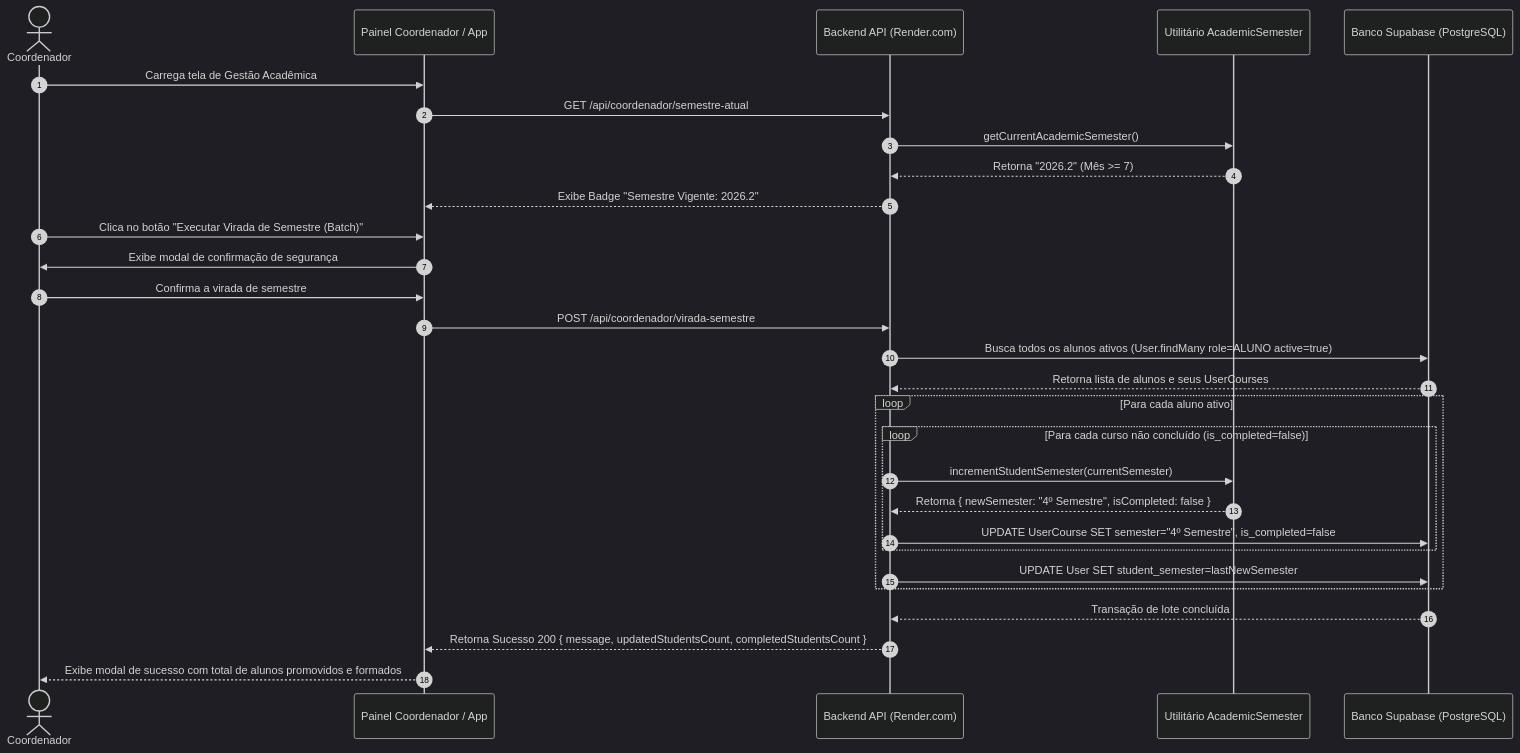
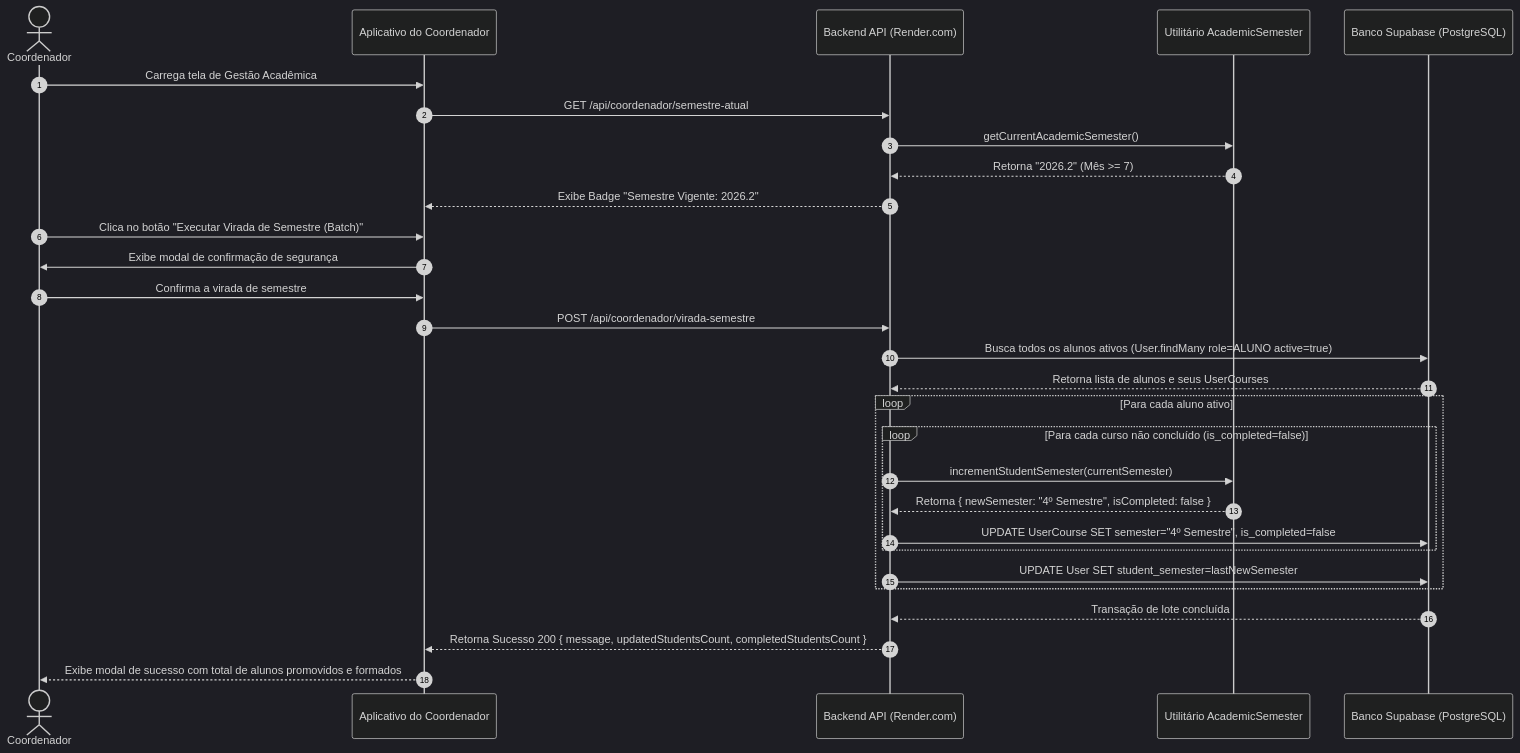
Before and after one commit to caneschi-lais/geoclass: diagram 19 of 24 in documentacao/diagramas/fluxos.md, drawn with Mermaid (dark theme). The commit also changed other lines of this file and 34 other files, not shown here.

Commit message:
docs: add system architecture diagrams and generation script

````diff
--- a/documentacao/diagramas/fluxos.md
+++ b/documentacao/diagramas/fluxos.md
@@ -671,36 +671,36 @@
 ```mermaid
 sequenceDiagram
     autonumber
     actor Coordenador
-    participant Web as Painel Coordenador / App
+    participant App as Aplicativo do Coordenador
     participant API as Backend API (Render.com)
     participant Util as Utilitário AcademicSemester
     participant DB as Banco Supabase (PostgreSQL)
 
-    Coordenador->>Web: Carrega tela de Gestão Acadêmica
-    Web->>API: GET /api/coordenador/semestre-atual
+    Coordenador->>App: Carrega tela de Gestão Acadêmica
+    App->>API: GET /api/coordenador/semestre-atual
     API->>Util: getCurrentAcademicSemester()
     Util-->>API: Retorna "2026.2" (Mês >= 7)
-    API-->>Web: Exibe Badge "Semestre Vigente: 2026.2"
+    API-->>App: Exibe Badge "Semestre Vigente: 2026.2"
 
-    Coordenador->>Web: Clica no botão "Executar Virada de Semestre (Batch)"
-    Web->>Coordenador: Exibe modal de confirmação de segurança
-    Coordenador->>Web: Confirma a virada de semestre
+    Coordenador->>App: Clica no botão "Executar Virada de Semestre (Batch)"
+    App->>Coordenador: Exibe modal de confirmação de segurança
+    Coordenador->>App: Confirma a virada de semestre
 
-    Web->>API: POST /api/coordenador/virada-semestre
+    App->>API: POST /api/coordenador/virada-semestre
     API->>DB: Busca todos os alunos ativos (User.findMany role=ALUNO active=true)
     DB-->>API: Retorna lista de alunos e seus UserCourses
 
     loop Para cada aluno ativo
         loop Para cada curso não concluído (is_completed=false)
             API->>Util: incrementStudentSemester(currentSemester)
             Util-->>API: Retorna { newSemester: "4º Semestre", isCompleted: false }
             API->>DB: UPDATE UserCourse SET semester="4º Semestre", is_completed=false
         end
         API->>DB: UPDATE User SET student_semester=lastNewSemester
     end
 
     DB-->>API: Transação de lote concluída
-    API-->>Web: Retorna Sucesso 200 { message, updatedStudentsCount, completedStudentsCount }
-    Web-->>Coordenador: Exibe modal de sucesso com total de alunos promovidos e formados
+    API-->>App: Retorna Sucesso 200 { message, updatedStudentsCount, completedStudentsCount }
+    App-->>Coordenador: Exibe modal de sucesso com total de alunos promovidos e formados
 ```
````
